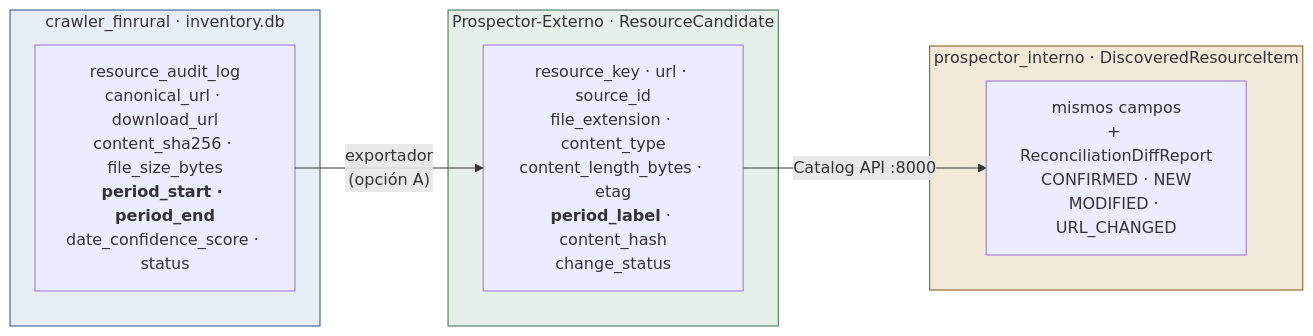
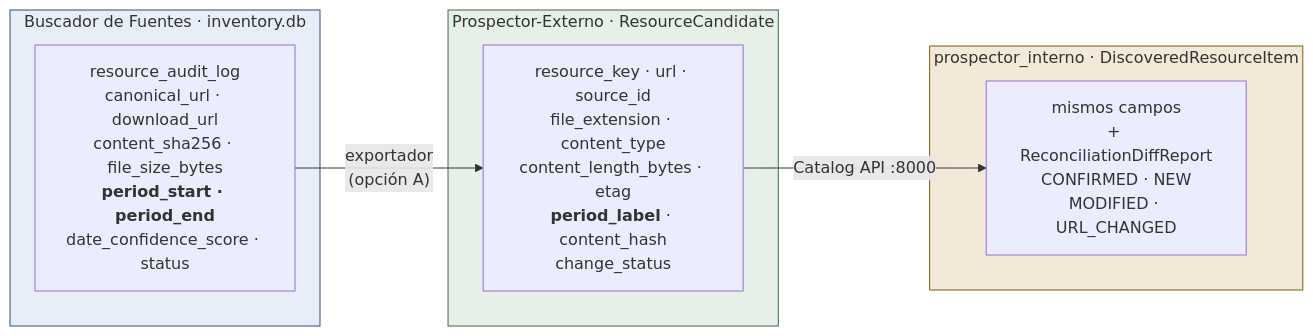
Before and after one commit to MarlonTMF/Crawler_Buscador: the seventh of 7 diagrams in docs/arquitectura_integracion.md, drawn with Mermaid. The commit also changed other lines of this file and 3 other files, not shown here.

````diff
--- a/docs/arquitectura_integracion.md
+++ b/docs/arquitectura_integracion.md
@@ -324,18 +324,18 @@
 ```mermaid
 flowchart LR
-    subgraph FN["crawler_finrural · inventory.db"]
+    subgraph FN["Buscador de Fuentes · inventory.db"]
       R["resource_audit_log<br/>canonical_url · download_url<br/>content_sha256 · file_size_bytes<br/><b>period_start · period_end</b><br/>date_confidence_score · status"]
     end
     subgraph PE["Prospector-Externo · ResourceCandidate"]
       C["resource_key · url · source_id<br/>file_extension · content_type<br/>content_length_bytes · etag<br/><b>period_label</b> · content_hash<br/>change_status"]
     end
     subgraph PI["prospector_interno · DiscoveredResourceItem"]
       D["mismos campos<br/>+ ReconciliationDiffReport<br/>CONFIRMED · NEW<br/>MODIFIED · URL_CHANGED"]
     end
     R -->|"exportador<br/>(opción A)"| C
     C -->|"Catalog API :8000"| D
 
     style FN fill:#e8eef7,stroke:#2a4f7c
     style PE fill:#e6f0e9,stroke:#3c6b4a
     style PI fill:#f3e9d8,stroke:#7d5a11
 ```
````
